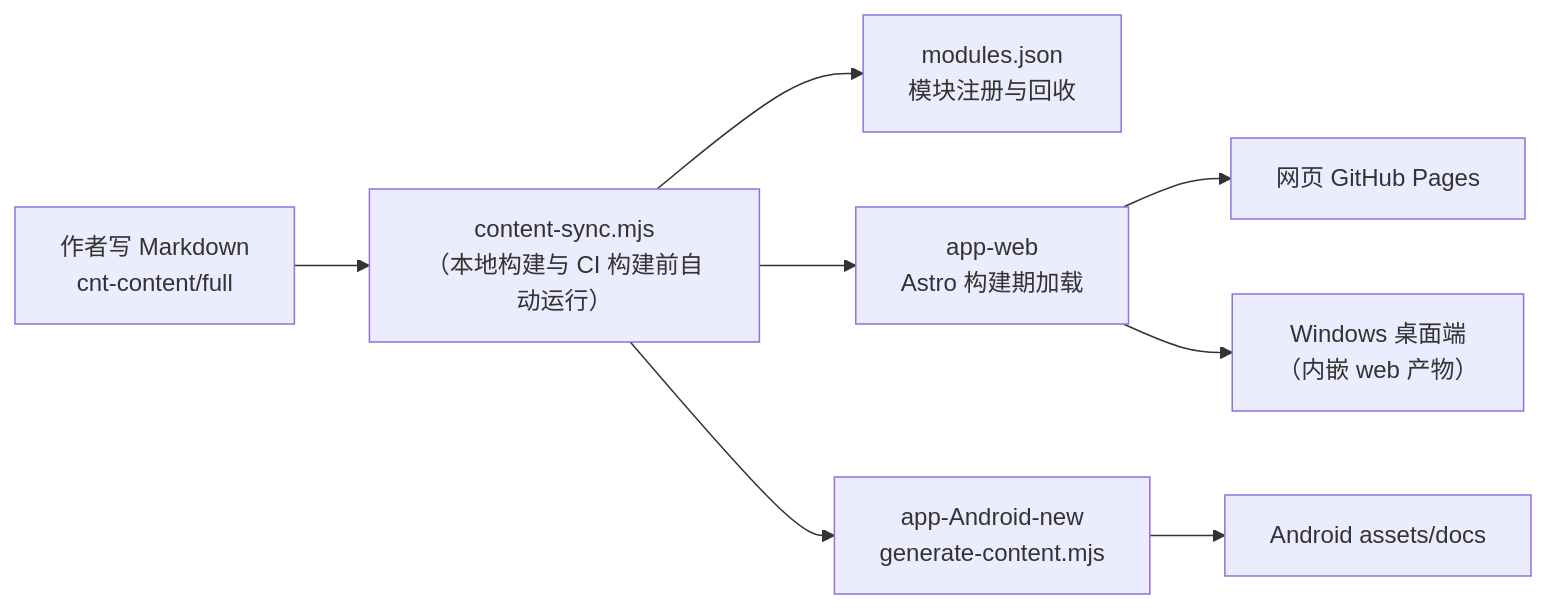
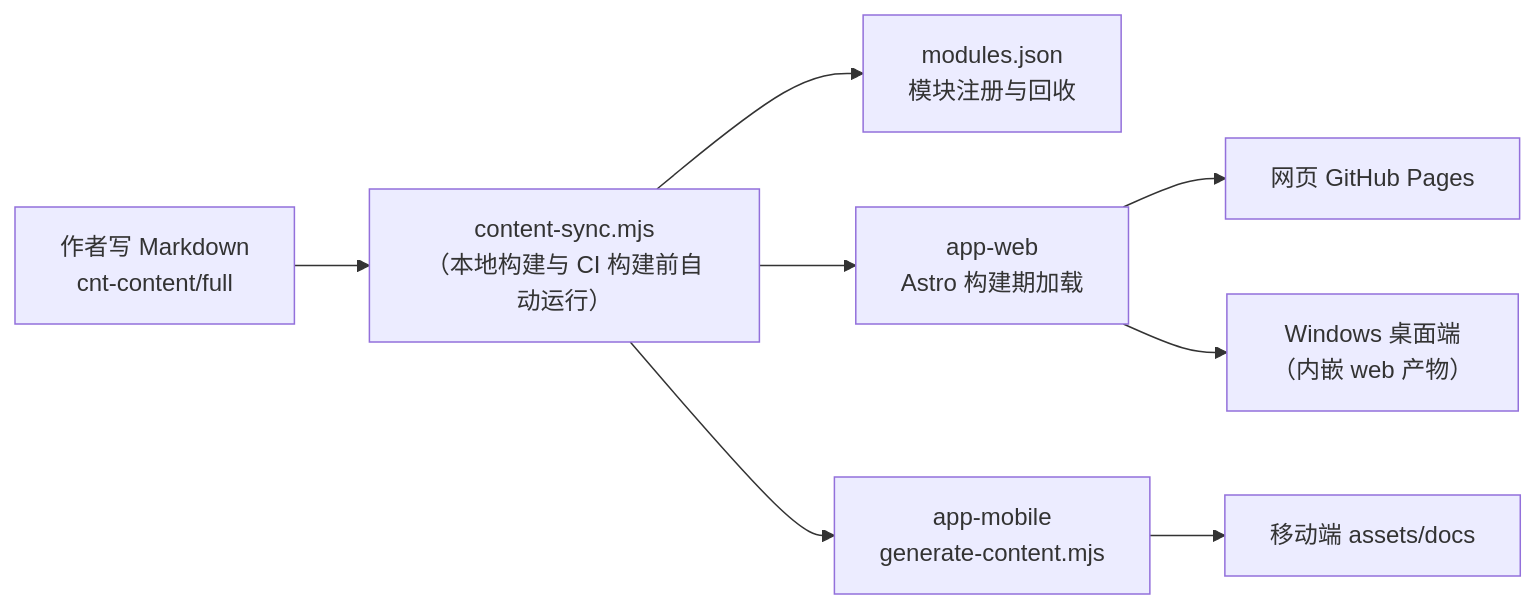
One commit to fanquanpp/FANDEX changed the diagram in CONTENT-GUIDE.md. Above: the diagram before and after it, drawn with Mermaid. The commit also changed other lines of this file and 2403 other files, not shown here.

````diff
--- a/CONTENT-GUIDE.md
+++ b/CONTENT-GUIDE.md
@@ -17,10 +17,10 @@
 ```mermaid
 flowchart LR
     A["作者写 Markdown<br/>cnt-content/full"] --> B["content-sync.mjs<br/>（本地构建与 CI 构建前自动运行）"]
     B --> C["modules.json<br/>模块注册与回收"]
     B --> D["app-web<br/>Astro 构建期加载"]
-    B --> E["app-Android-new<br/>generate-content.mjs"]
+    B --> E["app-mobile<br/>generate-content.mjs"]
     D --> F["网页 GitHub Pages"]
     D --> G["Windows 桌面端<br/>（内嵌 web 产物）"]
-    E --> H["Android assets/docs"]
+    E --> H["移动端 assets/docs"]
 ```
````
